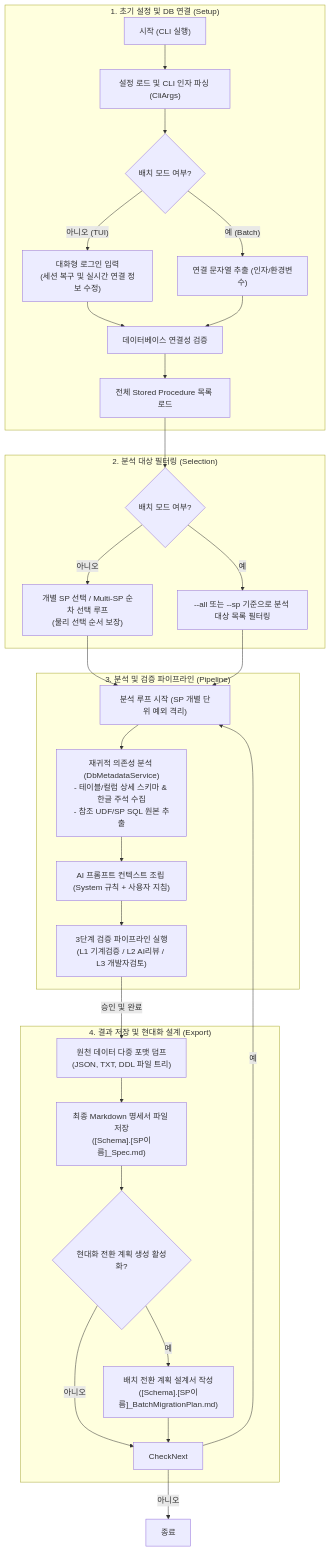
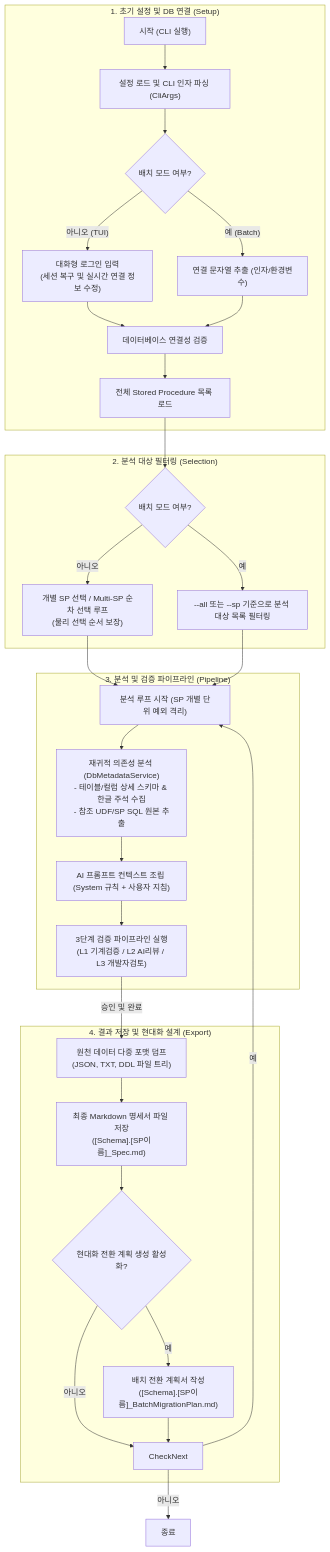
The first of 3 diagrams in docs/architecture.md (moondae815/sp-reverse-engineering), drawn with Mermaid before and after one commit. The commit also changed other lines of this file, not shown here.

Commit message:
docs: unify terminology in architecture.md

````diff
--- a/docs/architecture.md
+++ b/docs/architecture.md
@@ -73,45 +73,45 @@
 ```mermaid
 graph TD
     %% 1단계: 초기화 및 연결
     subgraph Setup ["1. 초기 설정 및 DB 연결 (Setup)"]
         Start["시작 (CLI 실행)"] --> Parse["설정 로드 및 CLI 인자 파싱 (CliArgs)"]
         Parse --> ModeCheck{"배치 모드 여부?"}
         
         ModeCheck -- "아니오 (TUI)" --> TUI["대화형 로그인 입력<br/>(세션 복구 및 실시간 연결 정보 수정)"]
         ModeCheck -- "예 (Batch)" --> Batch["연결 문자열 추출 (인자/환경변수)"]
         
         TUI & Batch --> ConnTest["데이터베이스 연결성 검증"]
         ConnTest --> LoadSps["전체 Stored Procedure 목록 로드"]
     end
     
     %% 2단계: 대상 필터링
     subgraph Selection ["2. 분석 대상 필터링 (Selection)"]
         LoadSps --> TargetCheck{"배치 모드 여부?"}
         
         TargetCheck -- "아니오" --> SelectTUI["개별 SP 선택 / Multi-SP 순차 선택 루프<br/>(물리 선택 순서 보장)"]
         TargetCheck -- "예" --> SelectBatch["--all 또는 --sp 기준으로 분석 대상 목록 필터링"]
     end
     
     %% 3단계: 메인 분석 및 검증 파이프라인
     subgraph Pipeline ["3. 분석 및 검증 파이프라인 (Pipeline)"]
         SelectTUI & SelectBatch --> LoopStart["분석 루프 시작 (SP 개별 단위 예외 격리)"]
         
         LoopStart --> QueryMeta["재귀적 의존성 분석 (DbMetadataService)<br/>- 테이블/컬럼 상세 스키마 & 한글 주석 수집<br/>- 참조 UDF/SP SQL 원본 추출"]
         QueryMeta --> GeneratePrompt["AI 프롬프트 컨텍스트 조립 (System 규칙 + 사용자 지침)"]
         
         GeneratePrompt --> VerificationPipeline["3단계 검증 파이프라인 실행<br/>(L1 기계검증 / L2 AI리뷰 / L3 개발자검토)"]
     end
     
     %% 4단계: 산출물 내보내기 및 현대화 전환 설계
     subgraph Save ["4. 결과 저장 및 현대화 설계 (Export)"]
         VerificationPipeline -- "승인 및 완료" --> ExportRaw["원천 데이터 다중 포맷 덤프<br/>(JSON, TXT, DDL 파일 트리)"]
         ExportRaw --> SaveSpec["최종 Markdown 명세서 파일 저장<br/>([Schema].[SP이름]_Spec.md)"]
         SaveSpec --> GenMigrationCheck{"현대화 전환 계획 생성 활성화?"}
-        GenMigrationCheck -- "예" --> GenMigration["배치 전환 계획 설계서 작성<br/>([Schema].[SP이름]_BatchMigrationPlan.md)"]
+        GenMigrationCheck -- "예" --> GenMigration["배치 전환 계획서 작성<br/>([Schema].[SP이름]_BatchMigrationPlan.md)"]
         GenMigrationCheck -- "아니오" --> CheckNext
         GenMigration --> CheckNext
     end
     
     CheckNext -- "예" --> LoopStart
     CheckNext -- "아니오" --> End["종료"]
 ```
````
